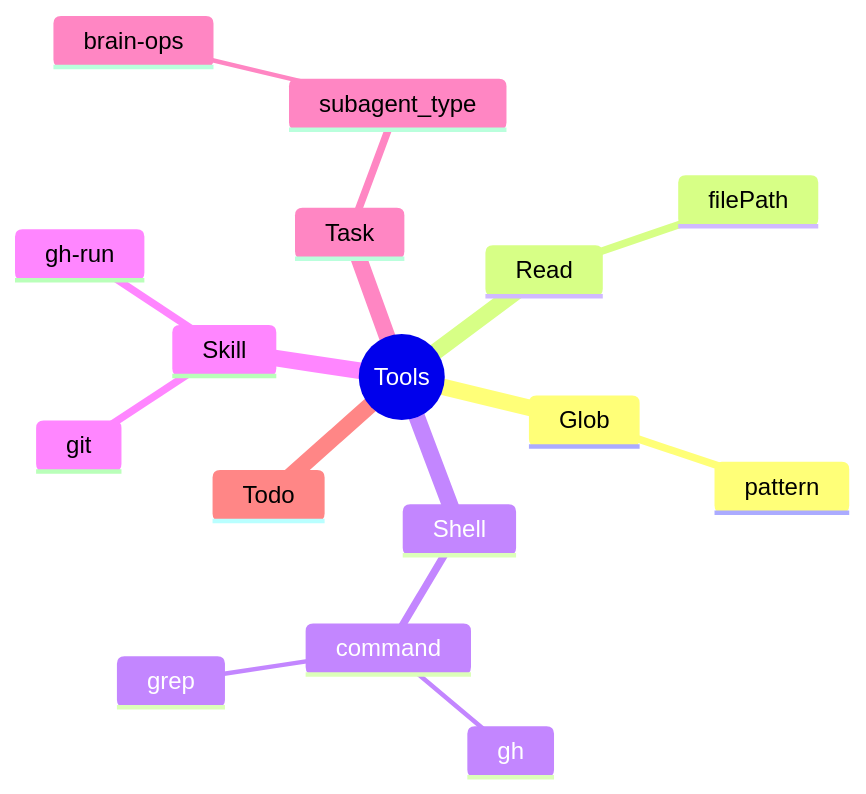
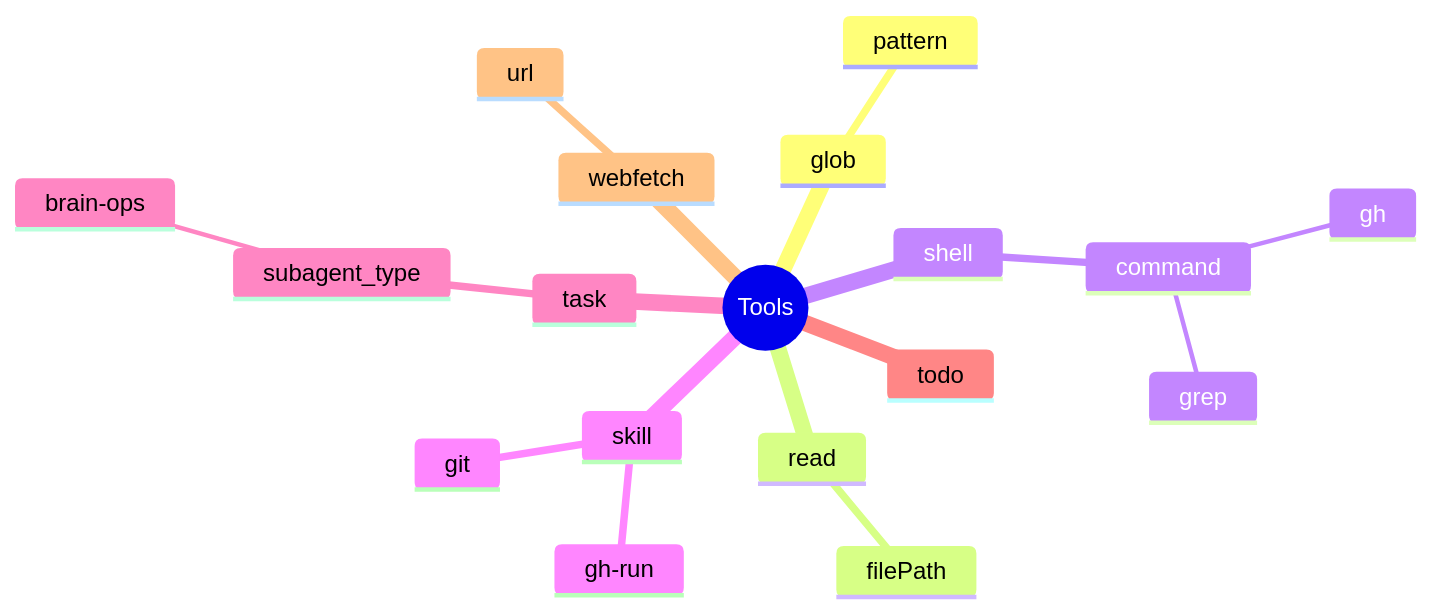
Before and after one commit to Cogni-AI-OU/cogni-ai-agent-skills: the third of 10 diagrams in agent-log-analysis/SKILL.md, drawn with Mermaid. The commit also changed other lines of this file, not shown here.

Commit message:
Update tool and command names to lowercase

````diff
--- a/agent-log-analysis/SKILL.md
+++ b/agent-log-analysis/SKILL.md
@@ -138,19 +139,21 @@
 ```mermaid
 mindmap
   root((Tools))
-    Glob
+    glob
       pattern
-    Read
+    read
       filePath
-    Shell
+    shell
       command
         gh
         grep
-    Skill
+    skill
       gh-run
       git
-    Task
+    task
       subagent_type
         brain-ops
-    Todo
+    todo
+    webfetch
+      url
 ```
````
